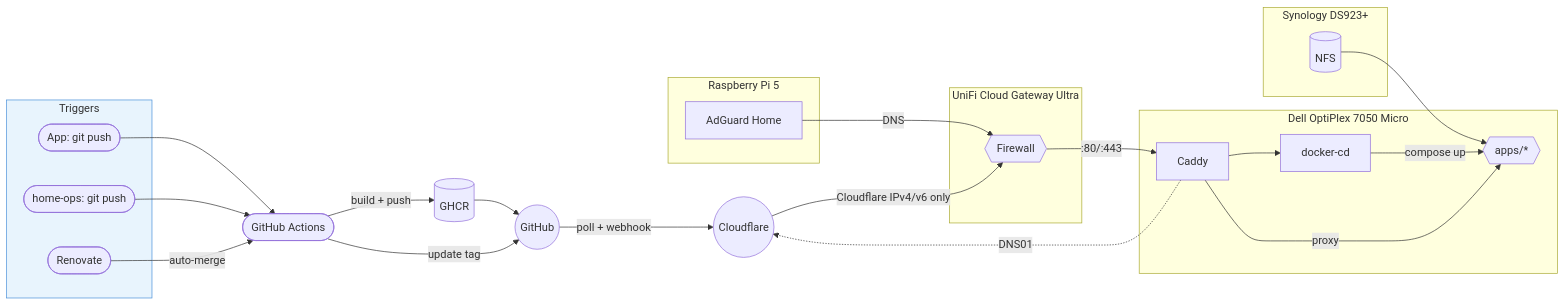
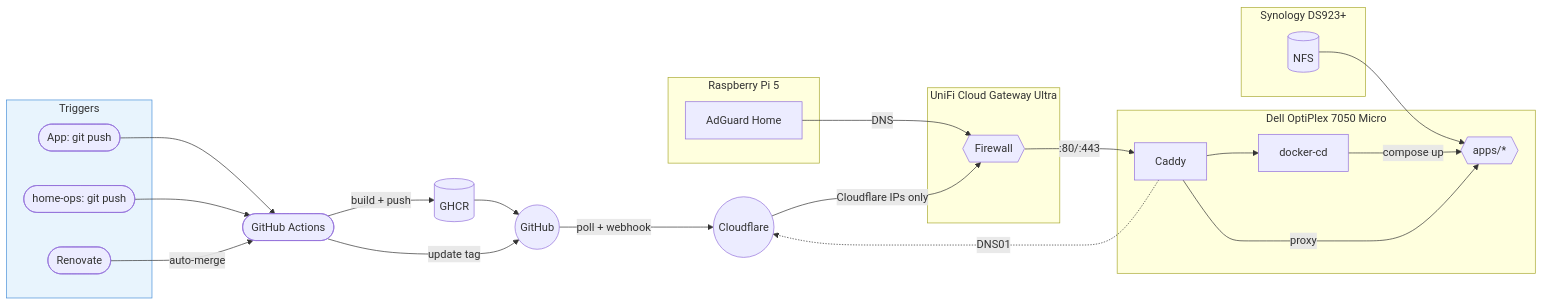
One commit to wajeht/home-ops changed the diagram in README.md. Above: the diagram before and after it, drawn with Mermaid.

Commit message:
docs: clarify cloudflare ip restriction in architecture diagram

````diff
--- a/README.md
+++ b/README.md
@@ -16,38 +16,38 @@
 ```mermaid
 flowchart LR
     subgraph triggers[Triggers]
         app_push([App: git push])
         ops_push([home-ops: git push])
         renovate([Renovate])
     end
 
     app_push --> ci([GitHub Actions]) -->|build + push| ghcr[(GHCR)]
     ghcr --> github((GitHub))
     ci -->|update tag| github
     ops_push --> ci
     renovate -->|auto-merge| ci
-    github -->|poll + webhook| cf((Cloudflare)) -->|Cloudflare IPv4/v6 only| unifi -->|:80/:443| caddy --> docker_cd
+    github -->|poll + webhook| cf((Cloudflare)) -->|Cloudflare IPs only| unifi -->|:80/:443| caddy --> docker_cd
 
     subgraph dell[Dell OptiPlex 7050 Micro]
         docker_cd[docker-cd] -->|compose up| apps{{apps/*}}
         caddy[Caddy] -->|proxy| apps
     end
 
     subgraph nas[Synology DS923+]
         nfs[(NFS)]
     end
 
     subgraph ucg[UniFi Cloud Gateway Ultra]
         unifi{{Firewall}}
     end
 
     subgraph pi[Raspberry Pi 5]
         adguard[AdGuard Home]
     end
 
     nfs --> apps
     adguard -->|DNS| unifi
     caddy -.->|DNS01| cf
 
     style triggers fill:#e8f4fd,stroke:#4a90d9
 ```
````
